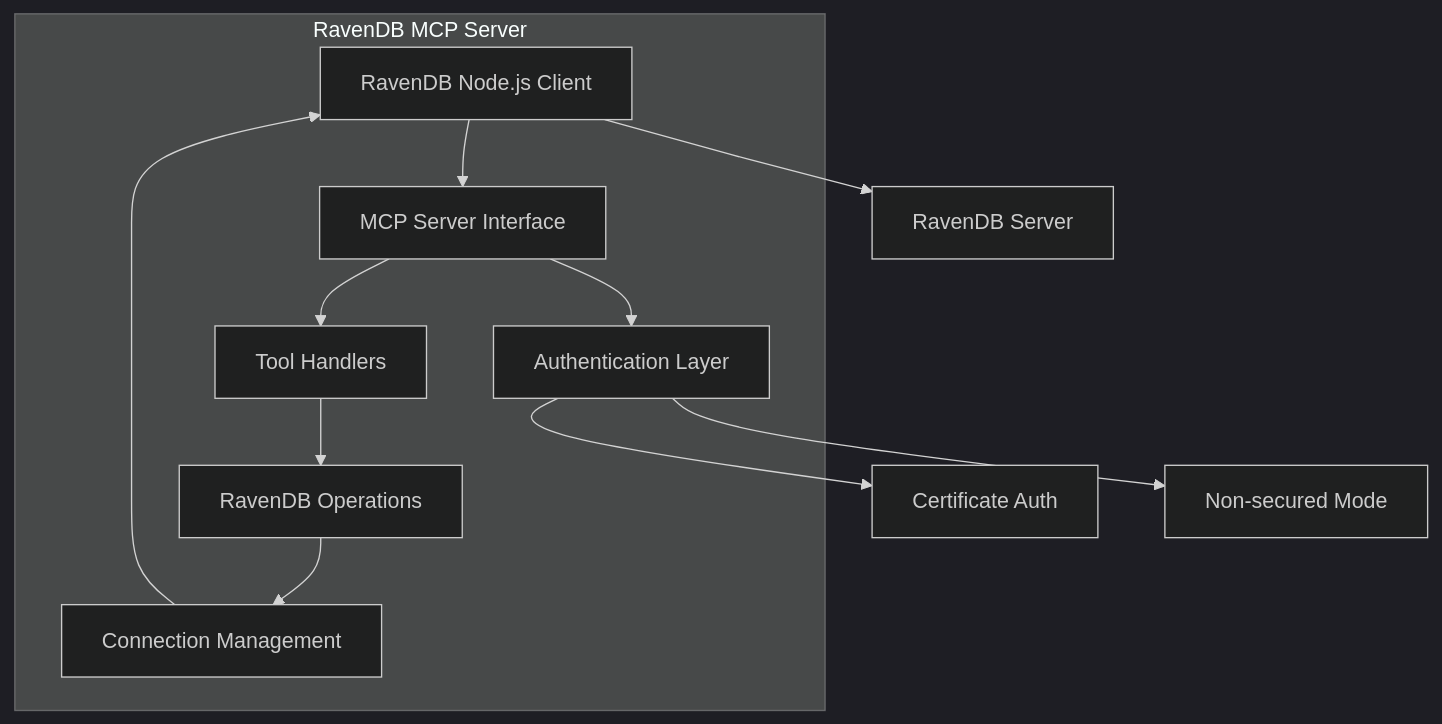
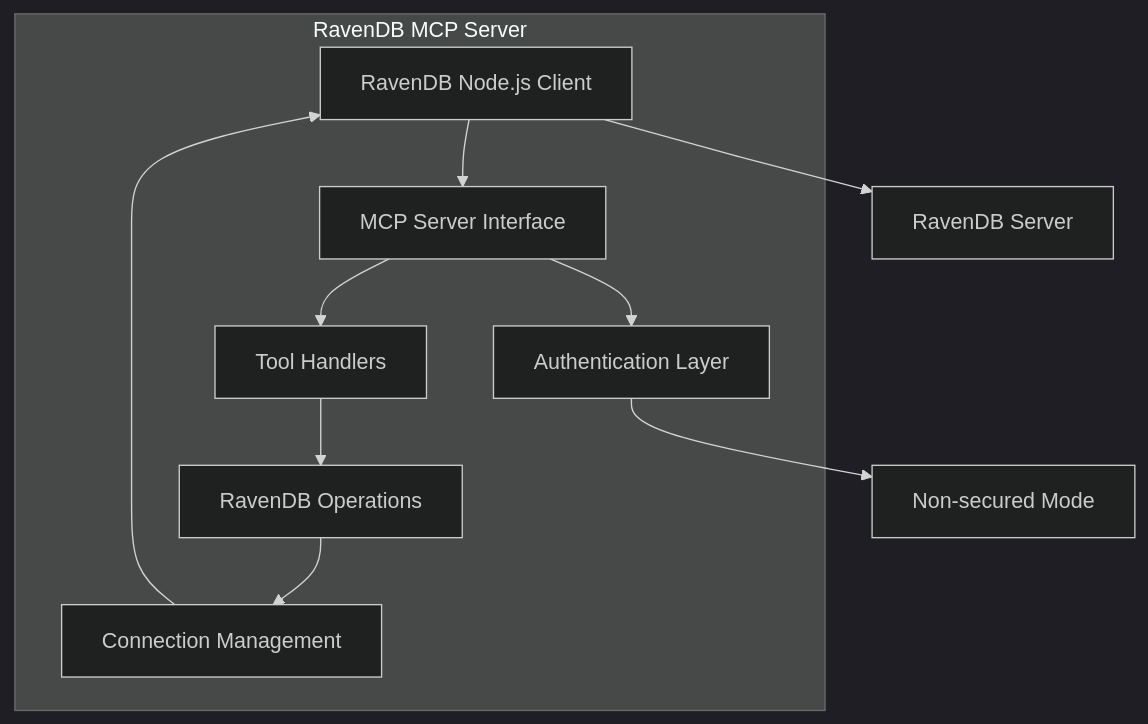
One commit to johnib/ravendb-mcp changed the first of 2 diagrams in memory-bank/systemPatterns.md. Above: the diagram before and after it, drawn with Mermaid (dark theme). The commit also changed other lines of this file and 10 other files, not shown here.

````diff
--- a/memory-bank/systemPatterns.md
+++ b/memory-bank/systemPatterns.md
@@ -7,16 +7,15 @@
 ```mermaid
 flowchart TB
     Client[AI Assistant] --> MCP[MCP Server Interface]
     
     subgraph Server[RavenDB MCP Server]
         MCP --> Auth[Authentication Layer]
         MCP --> Tools[Tool Handlers]
         Tools --> Operations[RavenDB Operations]
         Operations --> Connection[Connection Management]
         Connection --> Client[RavenDB Node.js Client]
     end
     
-    Auth --> Cert[Certificate Auth]
     Auth --> None[Non-secured Mode]
     Client --> RavenDB[RavenDB Server]
 ```
````
